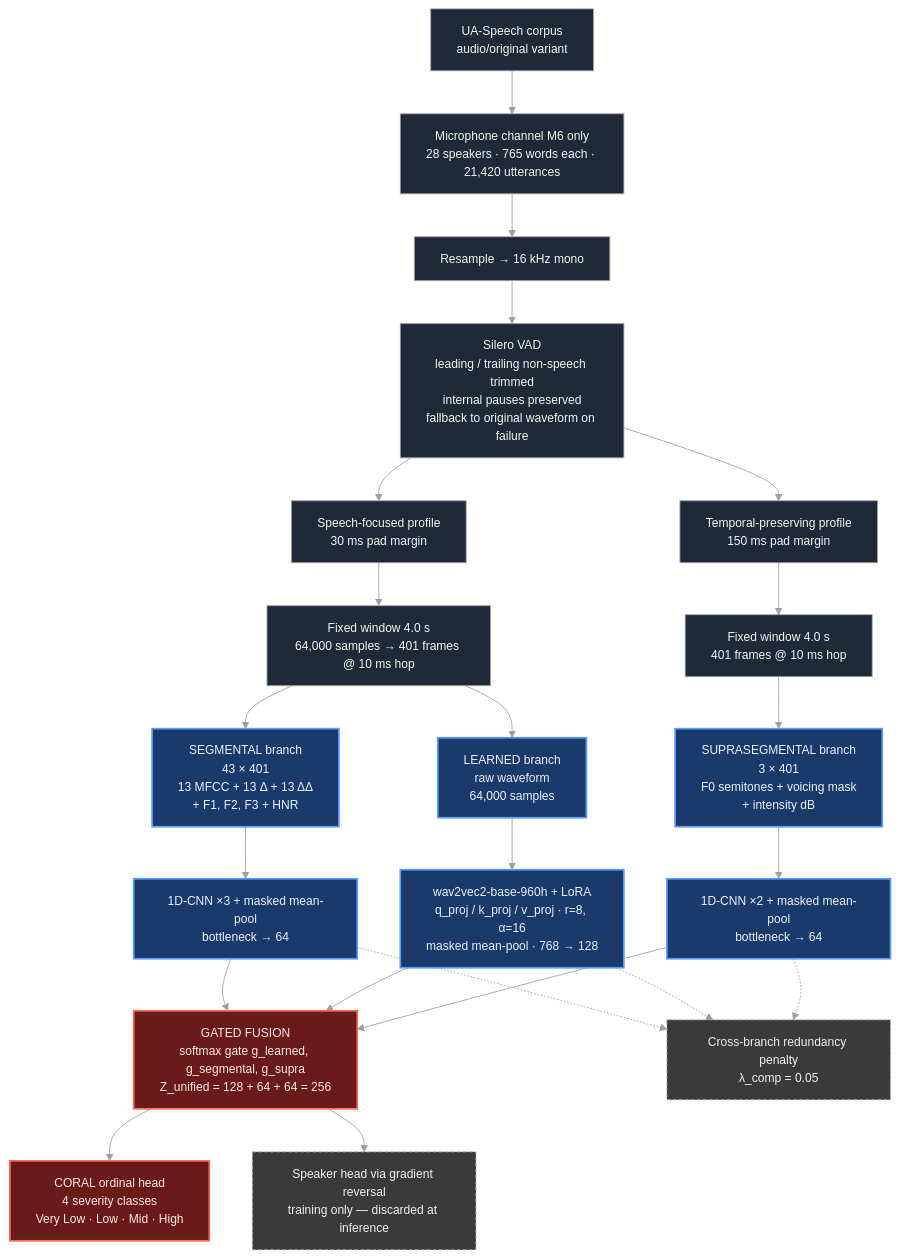
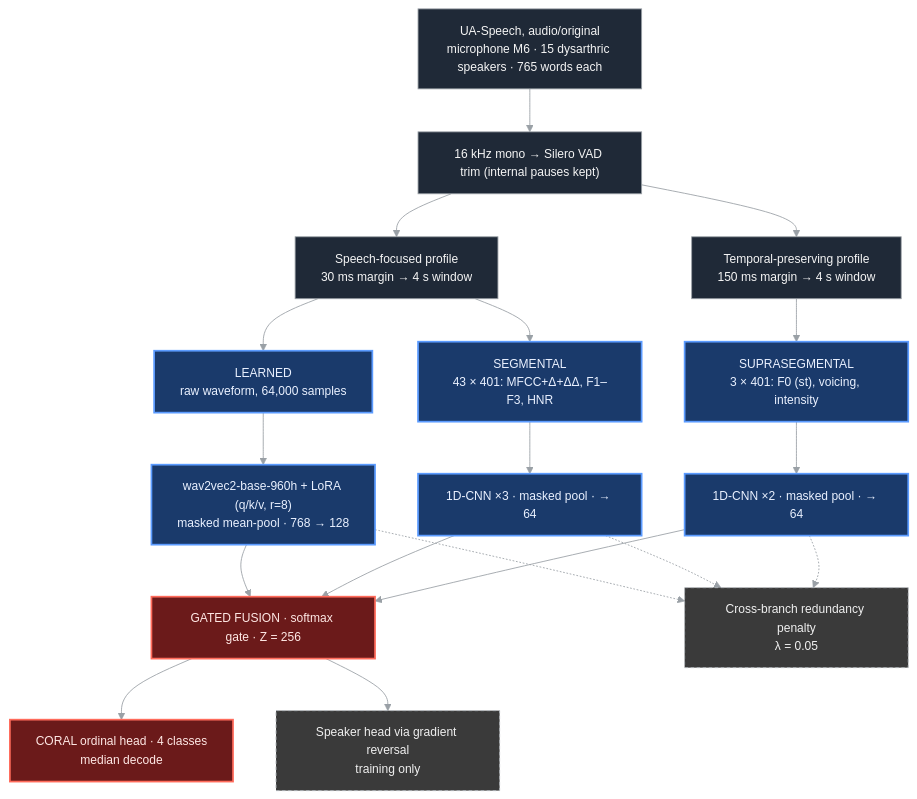
The diagram in README.md (Surya-Hariharan/Acoustic-Aware-Fusion-Architecture-for-Dysarthria-Classification), drawn with Mermaid before and after one commit. The commit also changed other lines of this file and 2 other files, not shown here.

Commit message:
Update training documentation and notebook

````diff
--- a/README.md
+++ b/README.md
@@ -37,58 +31,45 @@
 ```mermaid
 %%{init: {"theme": "base", "themeVariables": {"primaryColor": "#1f2937", "primaryTextColor": "#f5f5f5", "primaryBorderColor": "#9aa0a6", "lineColor": "#9aa0a6", "fontSize": "14px"}}}%%
 flowchart TD
-    UA["UA-Speech corpus<br/>audio/original variant"]
-    MIC["Microphone channel M6 only<br/>28 speakers · 765 words each · 21,420 utterances"]
-    RS["Resample → 16 kHz mono"]
-    VAD["Silero VAD<br/>leading / trailing non-speech trimmed<br/>internal pauses preserved<br/>fallback to original waveform on failure"]
-
-    UA --> MIC --> RS --> VAD
-
-    P1["Speech-focused profile<br/>30 ms pad margin"]
-    P2["Temporal-preserving profile<br/>150 ms pad margin"]
+    UA["UA-Speech, audio/original<br/>microphone M6 · 15 dysarthric speakers · 765 words each"]
+    VAD["16 kHz mono → Silero VAD trim (internal pauses kept)"]
+    UA --> VAD
+    P1["Speech-focused profile<br/>30 ms margin → 4 s window"]
+    P2["Temporal-preserving profile<br/>150 ms margin → 4 s window"]
     VAD --> P1
     VAD --> P2
 
-    W1["Fixed window 4.0 s<br/>64,000 samples → 401 frames @ 10 ms hop"]
-    W2["Fixed window 4.0 s<br/>401 frames @ 10 ms hop"]
-    P1 --> W1
-    P2 --> W2
+    LRN["LEARNED<br/>raw waveform, 64,000 samples"]
+    SEG["SEGMENTAL<br/>43 × 401: MFCC+Δ+ΔΔ, F1–F3, HNR"]
+    SUP["SUPRASEGMENTAL<br/>3 × 401: F0 (st), voicing, intensity"]
+    P1 --> LRN
+    P1 --> SEG
+    P2 --> SUP
 
-    SEG["SEGMENTAL branch<br/>43 × 401<br/>13 MFCC + 13 Δ + 13 ΔΔ<br/>+ F1, F2, F3 + HNR"]
-    LRN["LEARNED branch<br/>raw waveform<br/>64,000 samples"]
-    SUP["SUPRASEGMENTAL branch<br/>3 × 401<br/>F0 semitones + voicing mask<br/>+ intensity dB"]
-
-    W1 --> SEG
-    W1 --> LRN
-    W2 --> SUP
-
-    ESEG["1D-CNN ×3 + masked mean-pool<br/>bottleneck → 64"]
-    ELRN["wav2vec2-base-960h + LoRA<br/>q_proj / k_proj / v_proj · r=8, α=16<br/>masked mean-pool · 768 → 128"]
-    ESUP["1D-CNN ×2 + masked mean-pool<br/>bottleneck → 64"]
-
+    ELRN["wav2vec2-base-960h + LoRA (q/k/v, r=8)<br/>masked mean-pool · 768 → 128"]
+    ESEG["1D-CNN ×3 · masked pool · → 64"]
+    ESUP["1D-CNN ×2 · masked pool · → 64"]
+    LRN --> ELRN
     SEG --> ESEG
-    LRN --> ELRN
     SUP --> ESUP
 
-    GATE["GATED FUSION<br/>softmax gate g_learned, g_segmental, g_supra<br/>Z_unified = 128 + 64 + 64 = 256"]
+    GATE["GATED FUSION · softmax gate · Z = 256"]
+    ELRN --> GATE
     ESEG --> GATE
-    ELRN --> GATE
     ESUP --> GATE
-
-    HEAD["CORAL ordinal head<br/>4 severity classes<br/>Very Low · Low · Mid · High"]
-    SPK["Speaker head via gradient reversal<br/>training only — discarded at inference"]
-    RED["Cross-branch redundancy penalty<br/>λ_comp = 0.05"]
-
+    HEAD["CORAL ordinal head · 4 classes<br/>median decode"]
+    SPK["Speaker head via gradient reversal<br/>training only"]
+    RED["Cross-branch redundancy penalty<br/>λ = 0.05"]
     GATE --> HEAD
     GATE --> SPK
+    ELRN -.-> RED
     ESEG -.-> RED
-    ELRN -.-> RED
     ESUP -.-> RED
 
     classDef branch fill:#1a3a6b,stroke:#5b9bff,stroke-width:2px,color:#eaf1ff
     classDef fusion fill:#6b1a1a,stroke:#ff6b5b,stroke-width:2px,color:#ffe8e5
     classDef aux fill:#3a3a3a,stroke:#b0b6bb,stroke-dasharray:4 3,color:#f0f0f0
     class SEG,LRN,SUP,ESEG,ELRN,ESUP branch
     class GATE,HEAD fusion
     class SPK,RED aux
 ```
````
